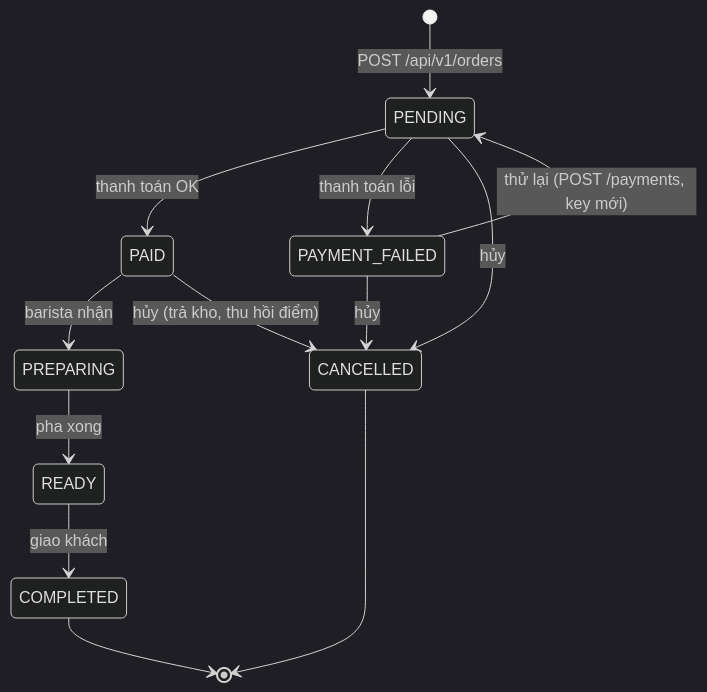
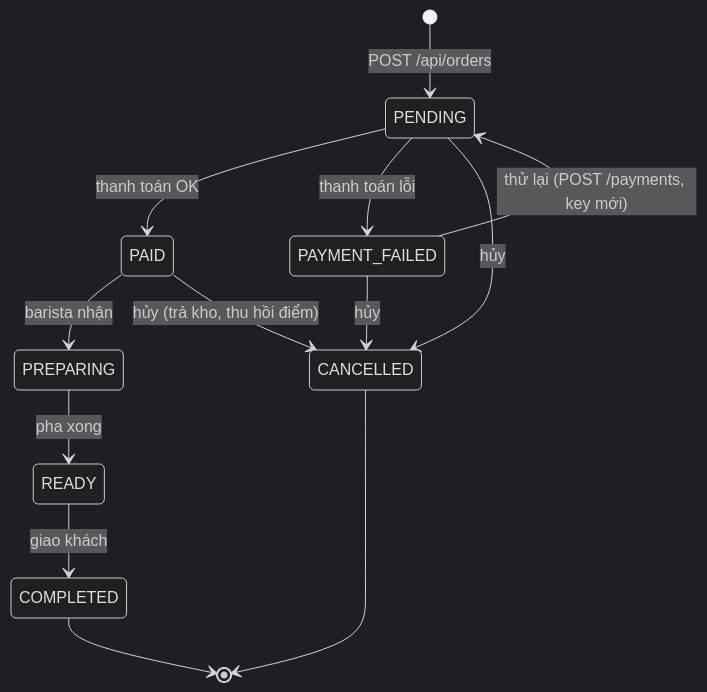
The diagram in docs/diagrams/flows/flow-order-state-v1.mmd (Nghiaphan123/BrewLite_Cof), drawn with Mermaid (dark theme) before and after one commit. The commit also changed 41 other files, not shown here.

```diff
--- a/docs/diagrams/flows/flow-order-state-v1.mmd
+++ b/docs/diagrams/flows/flow-order-state-v1.mmd
@@ -1,27 +1,27 @@
 %% --- flow-order-state-v1 ---
 %% Source: PDF §9.1 (Order State Machine); ADR 0004 D1, D5, D6, "Manual transitions"
 %% Owner: H.Tài (Task 4.0 / Task 44.0)
 %% Status: Accepted 2026-10-22; amended 2026-11-08 to match the PDF diagram
 %% Related: scenarios.md S-ORD-5, S-CANCEL-1; api-contract.md §9
 %% .
 %% Covers: legal transitions; invalid transitions rejected by
 %% assertTransition (throws; API returns 409 INVALID_STATE_TRANSITION).
 %% COMPLETED and CANCELLED are terminal.
 %% PAYMENT_FAILED -> PENDING is the retry edge ("thử lại"); the next attempt
 %% then goes PENDING -> PAID or PENDING -> PAYMENT_FAILED again.
 %% Edges into PENDING, PAID and PAYMENT_FAILED are taken only by POST /payments;
 %% staff (admin page) take PREPARING/READY/COMPLETED and the cancel edges.
 
 stateDiagram-v2
-    [*] --> PENDING : POST /api/v1/orders
+    [*] --> PENDING : POST /api/orders
     PENDING --> PAID : thanh toán OK
     PENDING --> PAYMENT_FAILED : thanh toán lỗi
     PAYMENT_FAILED --> PENDING : thử lại (POST /payments, key mới)
     PAID --> PREPARING : barista nhận
     PREPARING --> READY : pha xong
     READY --> COMPLETED : giao khách
     PENDING --> CANCELLED : hủy
     PAYMENT_FAILED --> CANCELLED : hủy
     PAID --> CANCELLED : hủy (trả kho, thu hồi điểm)
     COMPLETED --> [*]
     CANCELLED --> [*]
```
